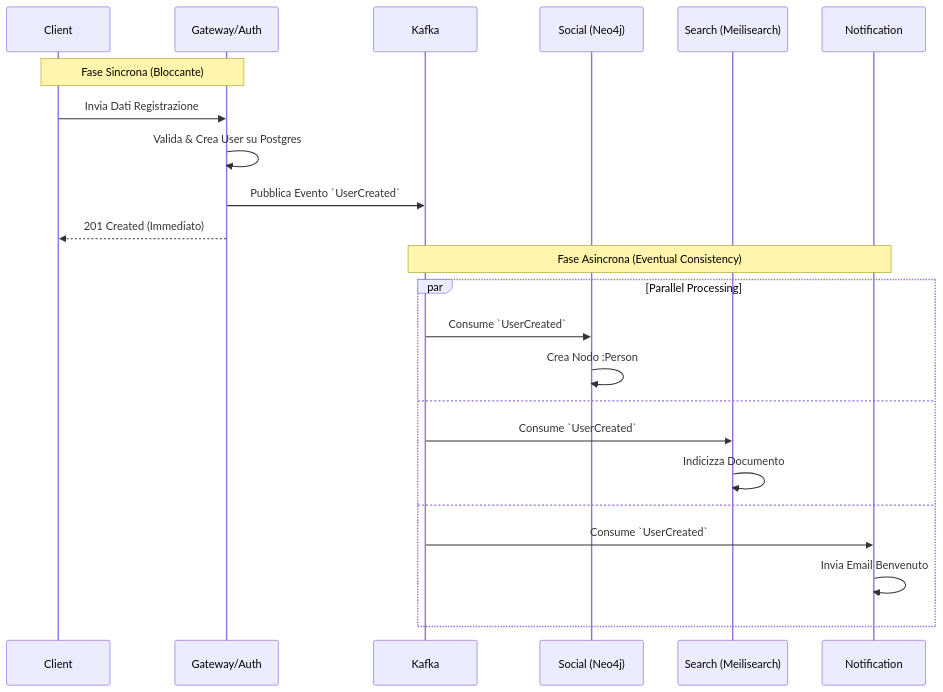
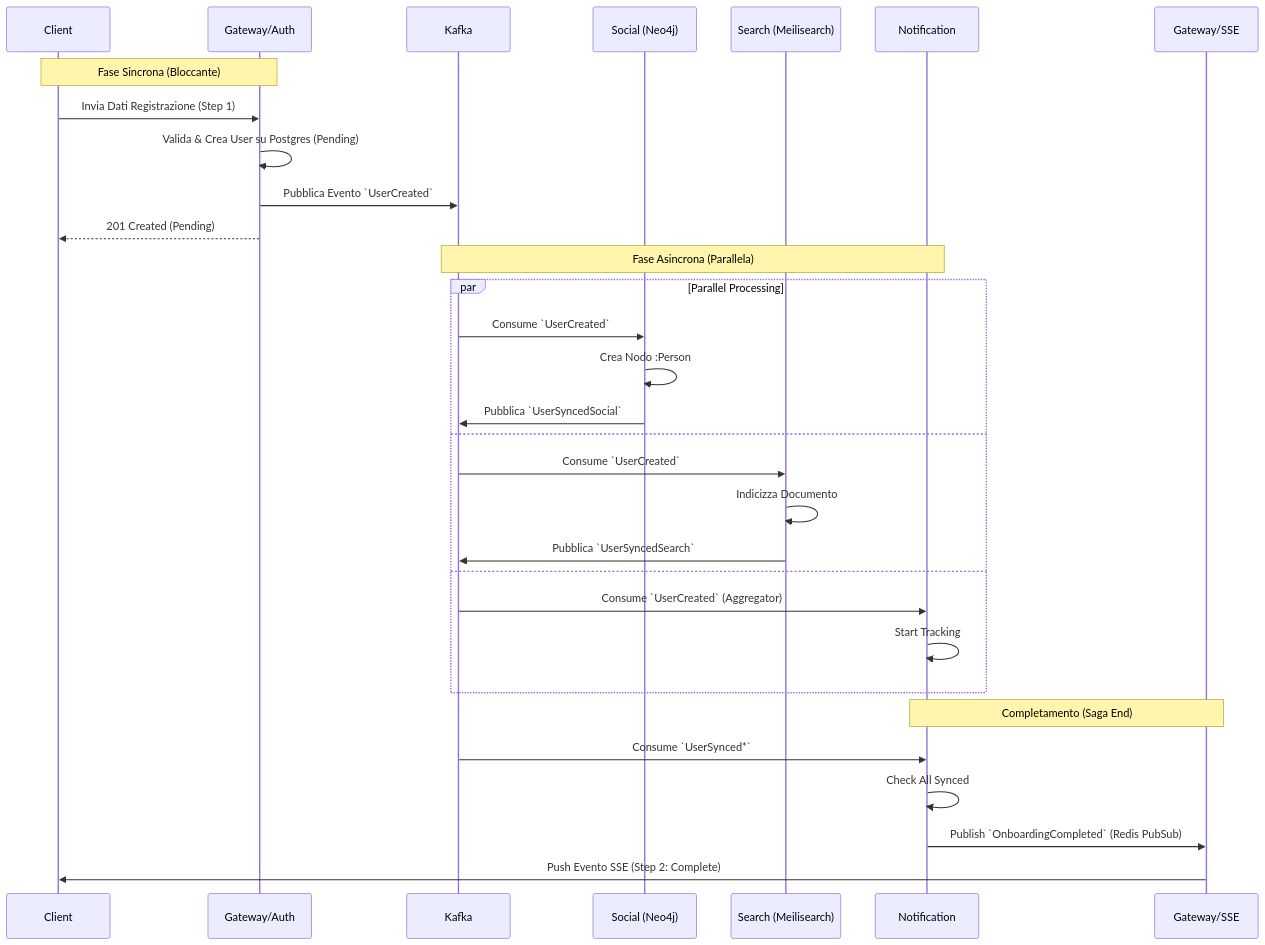
Before and after one commit to daubog44/progetto: the first of 4 diagrams in frontend/docs/src/project/data-flow.md, drawn with Mermaid. The commit also changed other lines of this file and 7 other files, not shown here.

````diff
--- a/frontend/docs/src/project/data-flow.md
+++ b/frontend/docs/src/project/data-flow.md
@@ -13,27 +13,36 @@
 ```mermaid
 sequenceDiagram
     participant Client
     participant API as Gateway/Auth
     participant Kafka
     participant Social as Social (Neo4j)
     participant Search as Search (Meilisearch)
     participant Notif as Notification
+    participant SSE as Gateway/SSE
 
     Note over Client, API: Fase Sincrona (Bloccante)
-    Client->>API: Invia Dati Registrazione
-    API->>API: Valida & Crea User su Postgres
+    Client->>API: Invia Dati Registrazione (Step 1)
+    API->>API: Valida & Crea User su Postgres (Pending)
     API->>Kafka: Pubblica Evento `UserCreated`
-    API-->>Client: 201 Created (Immediato)
+    API-->>Client: 201 Created (Pending)
 
-    Note over Kafka, Notif: Fase Asincrona (Eventual Consistency)
+    Note over Kafka, Notif: Fase Asincrona (Parallela)
     par Parallel Processing
         Kafka->>Social: Consume `UserCreated`
         Social->>Social: Crea Nodo :Person
+        Social->>Kafka: Pubblica `UserSyncedSocial`
     and
         Kafka->>Search: Consume `UserCreated`
         Search->>Search: Indicizza Documento
+        Search->>Kafka: Pubblica `UserSyncedSearch`
     and
-        Kafka->>Notif: Consume `UserCreated`
-        Notif->>Notif: Invia Email Benvenuto
+        Kafka->>Notif: Consume `UserCreated` (Aggregator)
+        Notif->>Notif: Start Tracking
     end
+
+    Note over Notif, SSE: Completamento (Saga End)
+    Kafka->>Notif: Consume `UserSynced*`
+    Notif->>Notif: Check All Synced
+    Notif->>SSE: Publish `OnboardingCompleted` (Redis PubSub)
+    SSE->>Client: Push Evento SSE (Step 2: Complete)
 ```
````
